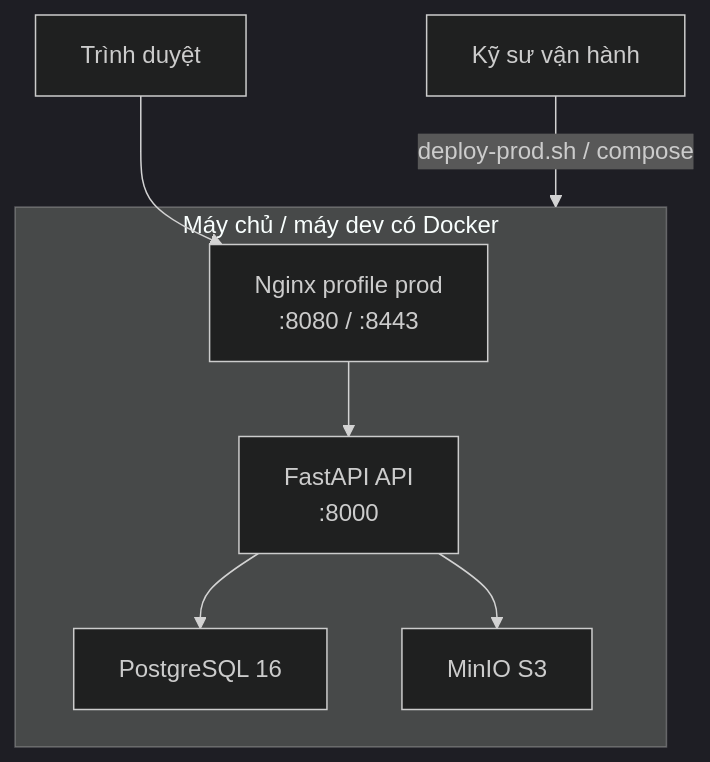
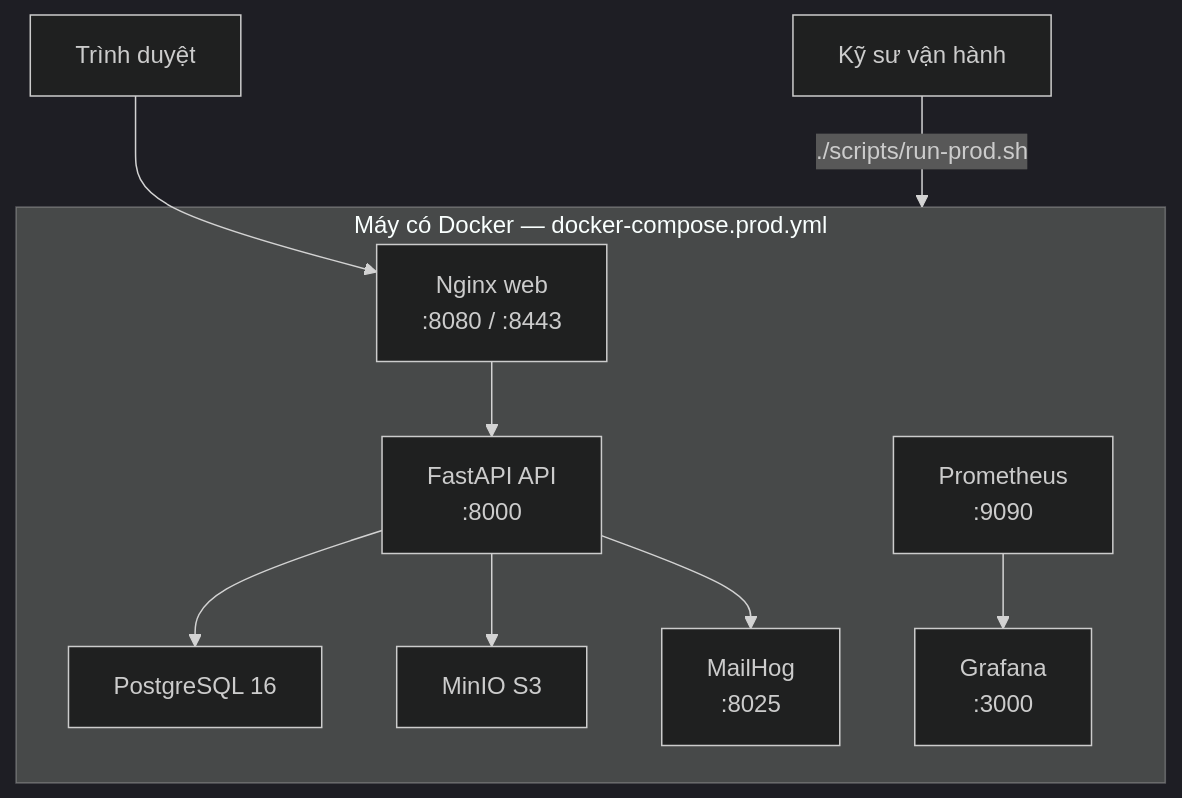
The diagram in docs/03-execution-monitoring/07-deployment-guide.md (se-bros/hcmus-projectmanage--lab), drawn with Mermaid (dark theme) before and after one commit. The commit also changed other lines of this file and 5 other files, not shown here.

````diff
--- a/docs/03-execution-monitoring/07-deployment-guide.md
+++ b/docs/03-execution-monitoring/07-deployment-guide.md
@@ -42,14 +44,19 @@
 ```mermaid
 flowchart TB
-    subgraph host["Máy chủ / máy dev có Docker"]
-      Nginx["Nginx profile prod<br/>:8080 / :8443"]
+    subgraph host["Máy có Docker — docker-compose.prod.yml"]
+      Web["Nginx web<br/>:8080 / :8443"]
       API["FastAPI API<br/>:8000"]
       PG["PostgreSQL 16"]
       MinIO["MinIO S3"]
+      Mail["MailHog<br/>:8025"]
+      Prom["Prometheus<br/>:9090"]
+      Graf["Grafana<br/>:3000"]
     end
-    Operator["Kỹ sư vận hành"] -->|deploy-prod.sh / compose| host
-    Client["Trình duyệt"] --> Nginx
-    Nginx --> API
+    Operator["Kỹ sư vận hành"] -->|./scripts/run-prod.sh| host
+    Client["Trình duyệt"] --> Web
+    Web --> API
     API --> PG
     API --> MinIO
+    API --> Mail
+    Prom --> Graf
 ```
````
